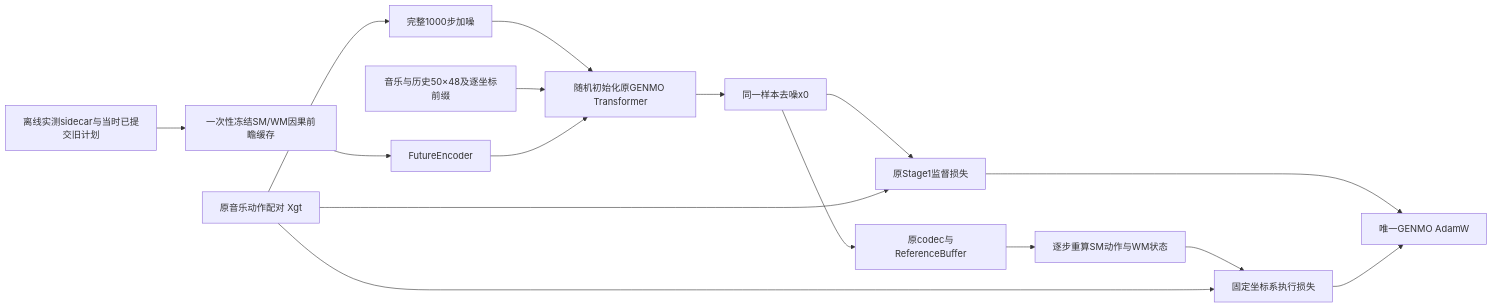
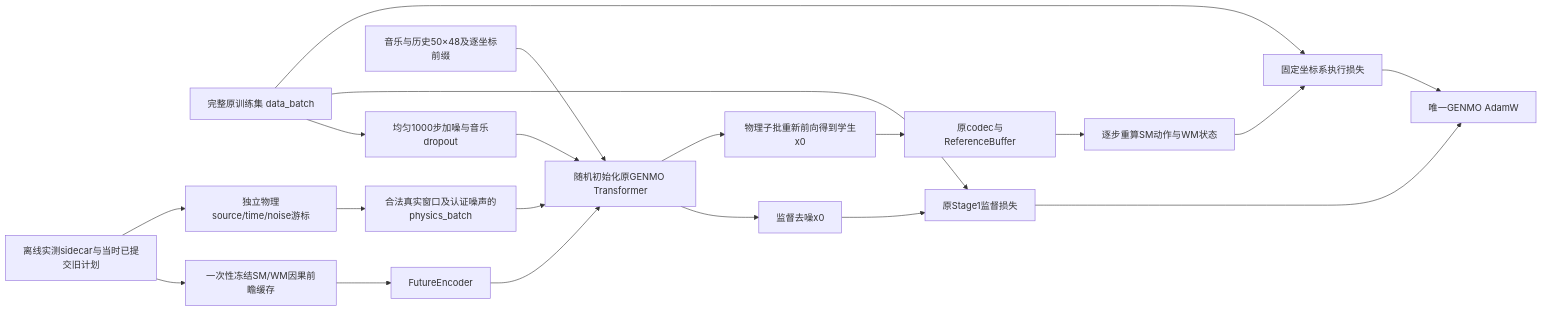
Before and after one commit to XiaoxiaoKuankuan/GENMO: the diagram in docs/closedloop/joint_physics_from_scratch.md, drawn with Mermaid. The commit also changed other lines of this file and 1 other file, not shown here.

````diff
--- a/docs/closedloop/joint_physics_from_scratch.md
+++ b/docs/closedloop/joint_physics_from_scratch.md
@@ -21,18 +22,22 @@
 ```mermaid
 flowchart LR
-  D[原音乐动作配对 Xgt] --> N[完整1000步加噪]
+  D[完整原训练集 data_batch] --> N[均匀1000步加噪与音乐dropout]
   N --> A[随机初始化原GENMO Transformer]
   C[音乐与历史50×48及逐坐标前缀] --> A
   S[离线实测sidecar与当时已提交旧计划] --> F[一次性冻结SM/WM因果前瞻缓存]
   F --> E[FutureEncoder]
   E --> A
-  A --> X[同一样本去噪x0]
+  A --> X[监督去噪x0]
   X --> L[原Stage1监督损失]
   D --> L
-  X --> P[原codec与ReferenceBuffer]
+  S --> R[独立物理source/time/noise游标]
+  R --> B[合法真实窗口及认证噪声的physics_batch]
+  B --> A
+  A --> Y[物理子批重新前向得到学生x0]
+  Y --> P[原codec与ReferenceBuffer]
   P --> W[逐步重算SM动作与WM状态]
   W --> Q[固定坐标系执行损失]
   D --> Q
   L --> O[唯一GENMO AdamW]
   Q --> O
 ```
````
